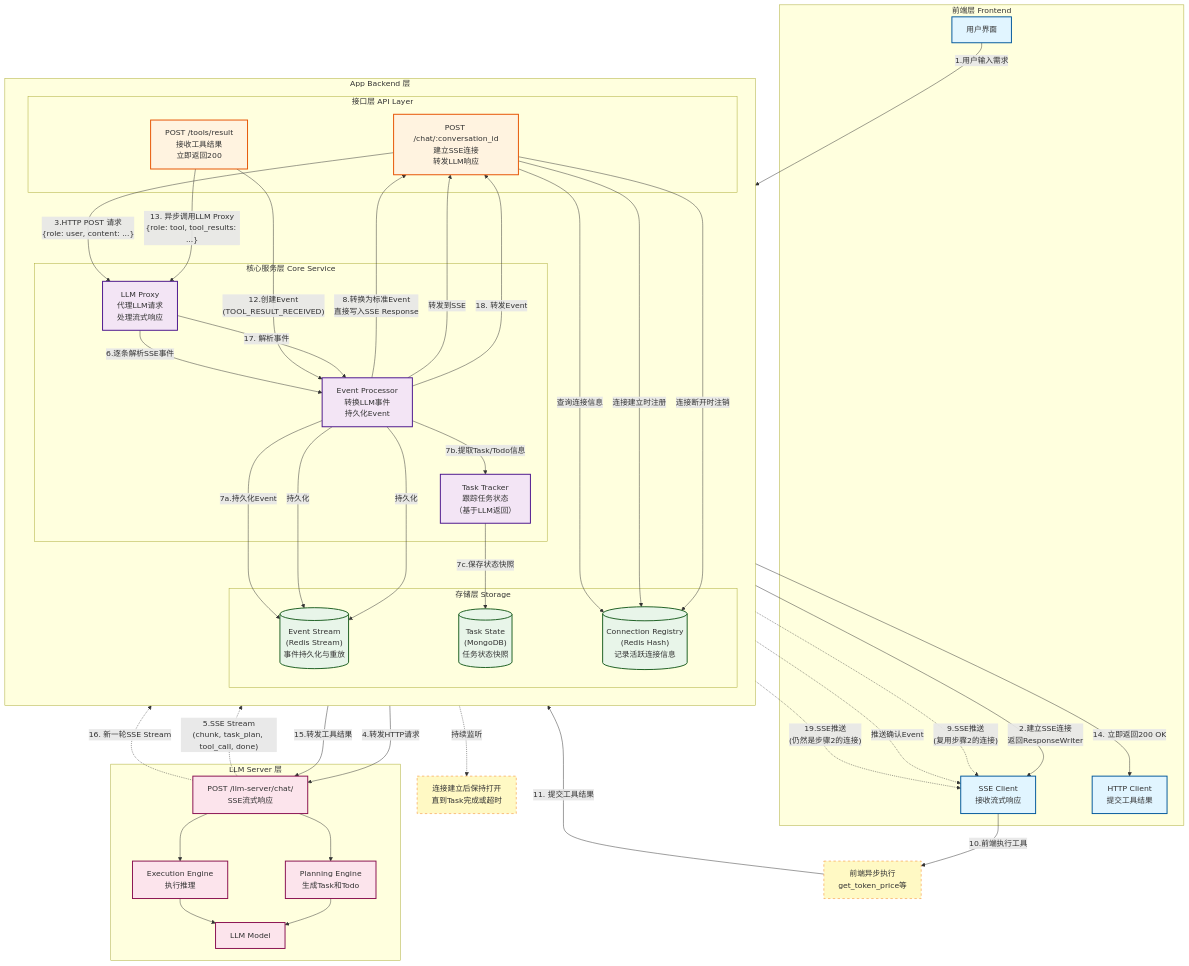
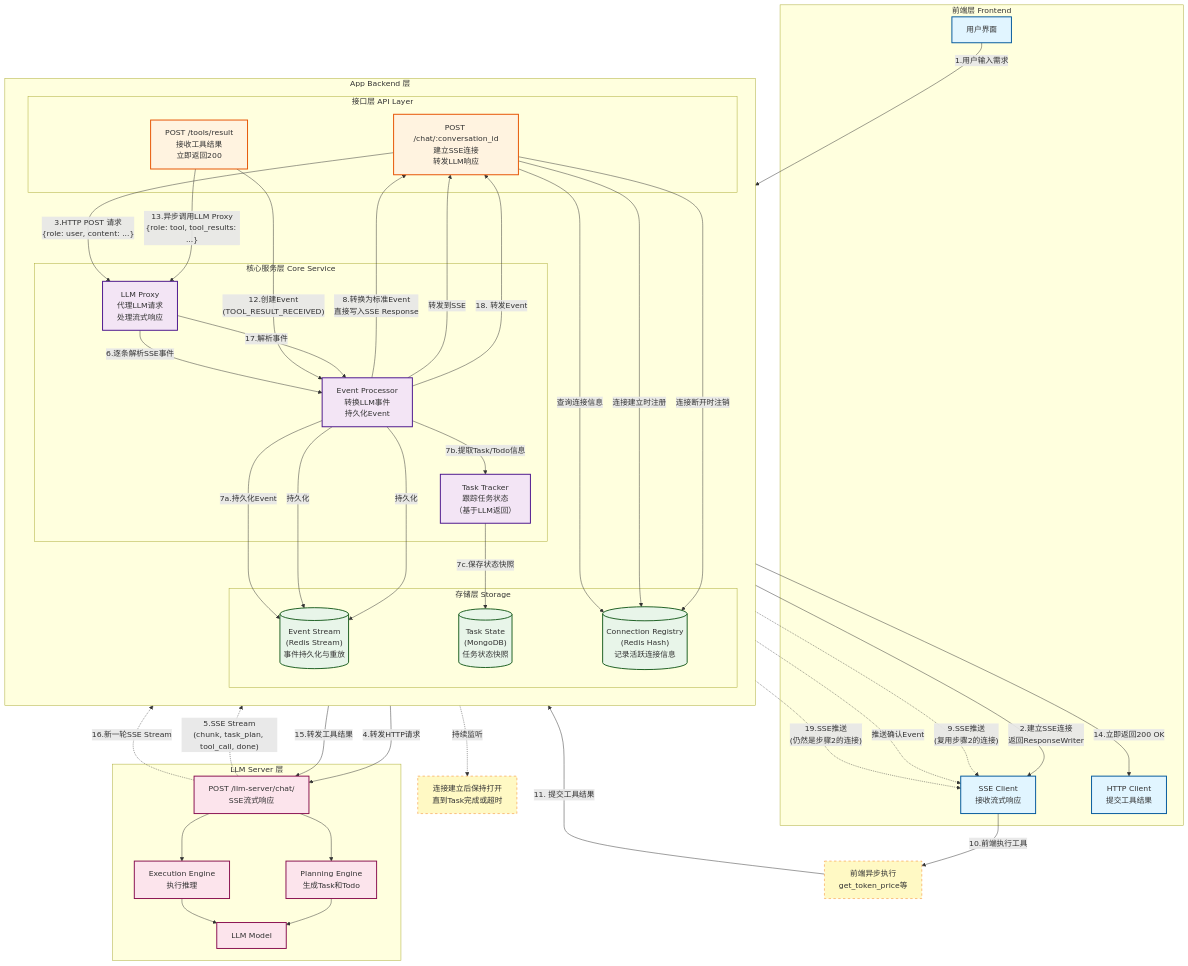
One commit to yingjianzh/iodraw-files changed the diagram in all/未命名-10.md. Above: the diagram before and after it, drawn with Mermaid.

Commit message:
2025-12-22 15:25:51 update

```diff
--- a/all/未命名-10.md
+++ b/all/未命名-10.md
@@ -64,13 +64,13 @@
     Event_Processor -->|"转发到SSE"| Chat_API
     Chat_API -.->|"推送确认Event"| SSE_Client
     
-    Tool_API -->|"13. 异步调用LLM Proxy<br/>{role: tool, tool_results: ...}"| LLM_Proxy
-    Tool_API -->|"14. 立即返回200 OK"| HTTP_Client
+    Tool_API -->|"13.异步调用LLM Proxy<br/>{role: tool, tool_results: ...}"| LLM_Proxy
+    Tool_API -->|"14.立即返回200 OK"| HTTP_Client
     
     %% ===== 第二轮LLM响应 =====
     LLM_Proxy -->|"15.转发工具结果"| LLM_API
-    LLM_API -.->|"16. 新一轮SSE Stream"| LLM_Proxy
-    LLM_Proxy -->|"17. 解析事件"| Event_Processor
+    LLM_API -.->|"16.新一轮SSE Stream"| LLM_Proxy
+    LLM_Proxy -->|"17.解析事件"| Event_Processor
     Event_Processor -->|"持久化"| Event_Stream
     Event_Processor -->|"18. 转发Event"| Chat_API
     Chat_API -.->|"19.SSE推送<br/>(仍然是步骤2的连接)"| SSE_Client
```
